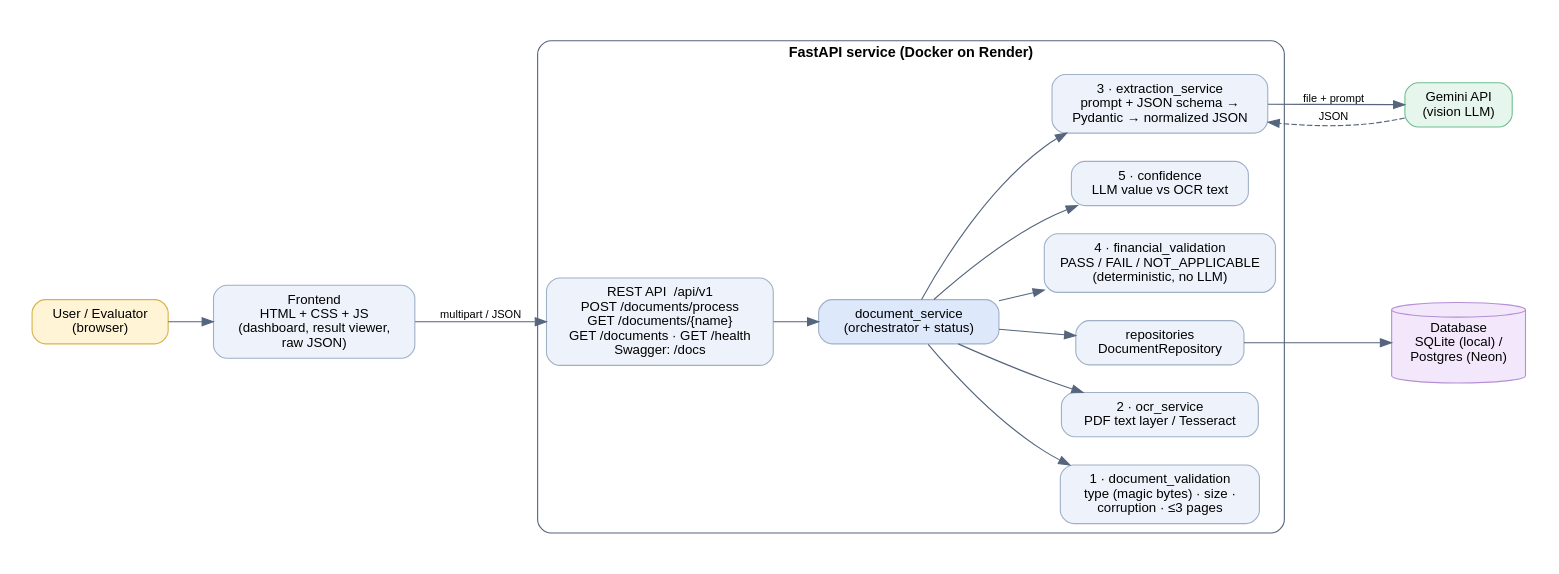
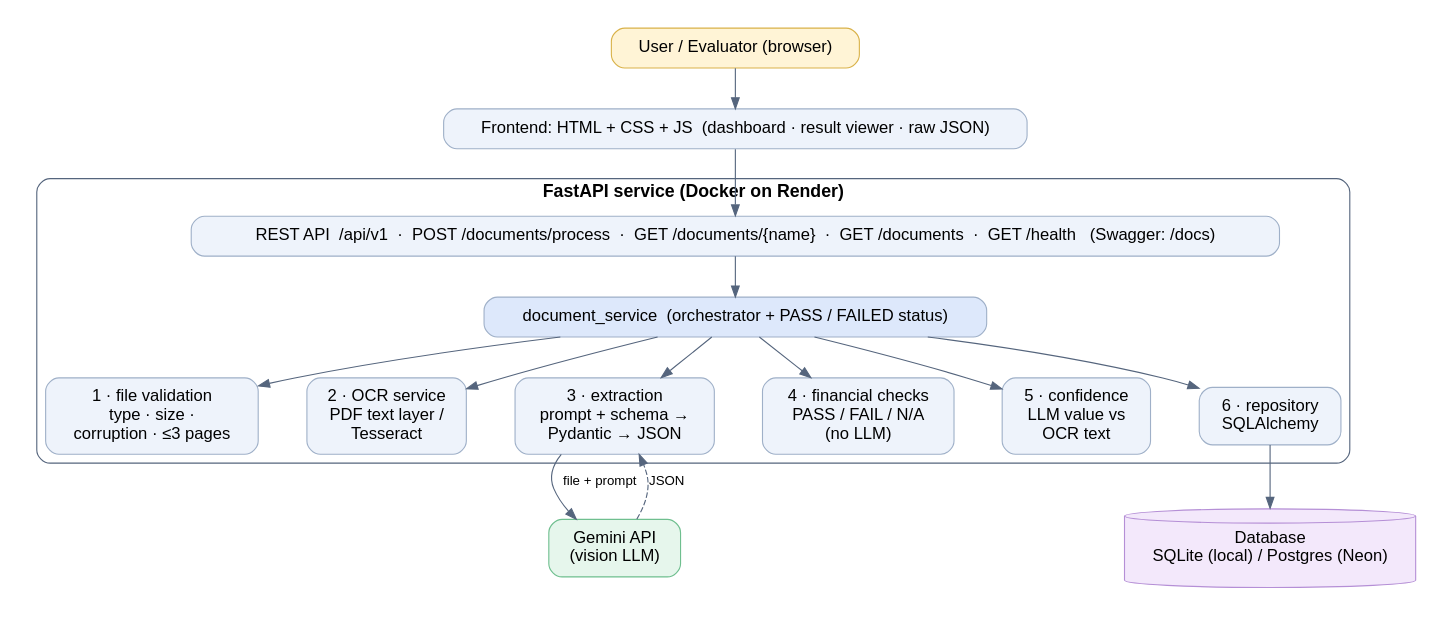
One commit to NT-0017/document-intelligence-platform changed the diagram in docs/architecture.dot. Above: the diagram before and after it, drawn with Graphviz. The commit also changed 4 other files, not shown here.

First line of the commit message:
Docs: compact architecture diagram and solution presentation (PPTX + PDF)

```diff
--- a/docs/architecture.dot
+++ b/docs/architecture.dot
@@ -1,26 +1,28 @@
 digraph G {
-  rankdir=LR; ordering=out; bgcolor="white"; nodesep=0.35; ranksep=0.55; pad=0.3;
-  node [shape=box, style="rounded,filled", fontname="Helvetica", fontsize=12, color="#9fb0c8", fillcolor="#eef3fb", margin="0.18,0.1"];
-  edge [color="#55657d", fontname="Helvetica", fontsize=10];
+  rankdir=TB; bgcolor="white"; nodesep=0.3; ranksep=0.5; pad=0.25; newrank=true;
+  node [shape=box, style="rounded,filled", fontname="Helvetica", fontsize=15, color="#9fb0c8", fillcolor="#eef3fb", margin="0.2,0.12"];
+  edge [color="#55657d", fontname="Helvetica", fontsize=12];
 
-  user [label="User / Evaluator\n(browser)", fillcolor="#fff4d6", color="#d9b24a"];
-  fe   [label="Frontend\nHTML + CSS + JS\n(dashboard, result viewer,\nraw JSON)"];
+  user [label="User / Evaluator (browser)", fillcolor="#fff4d6", color="#d9b24a"];
+  fe   [label="Frontend: HTML + CSS + JS  (dashboard · result viewer · raw JSON)"];
   subgraph cluster_api {
-    label="FastAPI service (Docker on Render)"; fontname="Helvetica-Bold"; fontsize=13; style="rounded"; color="#55657d";
-    routes [label="REST API  /api/v1\nPOST /documents/process\nGET /documents/{name}\nGET /documents · GET /health\nSwagger: /docs"];
-    svc    [label="document_service\n(orchestrator + status)", fillcolor="#dde8fb"];
-    val    [label="1 · document_validation\ntype (magic bytes) · size ·\ncorruption · ≤3 pages"];
-    ocr    [label="2 · ocr_service\nPDF text layer / Tesseract"];
-    ext    [label="3 · extraction_service\nprompt + JSON schema →\nPydantic → normalized JSON"];
-    fin    [label="4 · financial_validation\nPASS / FAIL / NOT_APPLICABLE\n(deterministic, no LLM)"];
-    conf   [label="5 · confidence\nLLM value vs OCR text"];
-    repo   [label="repositories\nDocumentRepository"];
+    label="FastAPI service (Docker on Render)"; fontname="Helvetica-Bold"; fontsize=16; style="rounded"; color="#55657d";
+    routes [label="REST API  /api/v1  ·  POST /documents/process  ·  GET /documents/{name}  ·  GET /documents  ·  GET /health   (Swagger: /docs)"];
+    svc    [label="document_service  (orchestrator + PASS / FAILED status)", fillcolor="#dde8fb"];
+    val  [label="1 · file validation\ntype · size ·\ncorruption · ≤3 pages"];
+    ocr  [label="2 · OCR service\nPDF text layer /\nTesseract"];
+    ext  [label="3 · extraction\nprompt + schema →\nPydantic → JSON"];
+    fin  [label="4 · financial checks\nPASS / FAIL / N/A\n(no LLM)"];
+    conf [label="5 · confidence\nLLM value vs\nOCR text"];
+    repo [label="6 · repository\nSQLAlchemy"];
+    {rank=same; val; ocr; ext; fin; conf; repo}
   }
   llm [label="Gemini API\n(vision LLM)", fillcolor="#e6f6ec", color="#6fbf8f"];
-  db  [label="Database\nSQLite (local) /\nPostgres (Neon)", shape=cylinder, fillcolor="#f3e8fb", color="#b58fd6"];
+  db  [label="Database\nSQLite (local) / Postgres (Neon)", shape=cylinder, fillcolor="#f3e8fb", color="#b58fd6"];
 
-  user -> fe; fe -> routes [label="multipart / JSON"];
-  routes -> svc; svc -> val; svc -> ocr; svc -> ext; svc -> fin; svc -> conf; svc -> repo;
-  ext -> llm [label="file + prompt"]; llm -> ext [style=dashed, label="JSON"];
+  user -> fe -> routes -> svc;
+  svc -> val; svc -> ocr; svc -> ext; svc -> fin; svc -> conf; svc -> repo;
+  val -> ocr -> ext -> fin -> conf -> repo [style=invis];
+  ext -> llm [label=" file + prompt"]; llm -> ext [style=dashed, label="JSON "];
   repo -> db;
 }
```
